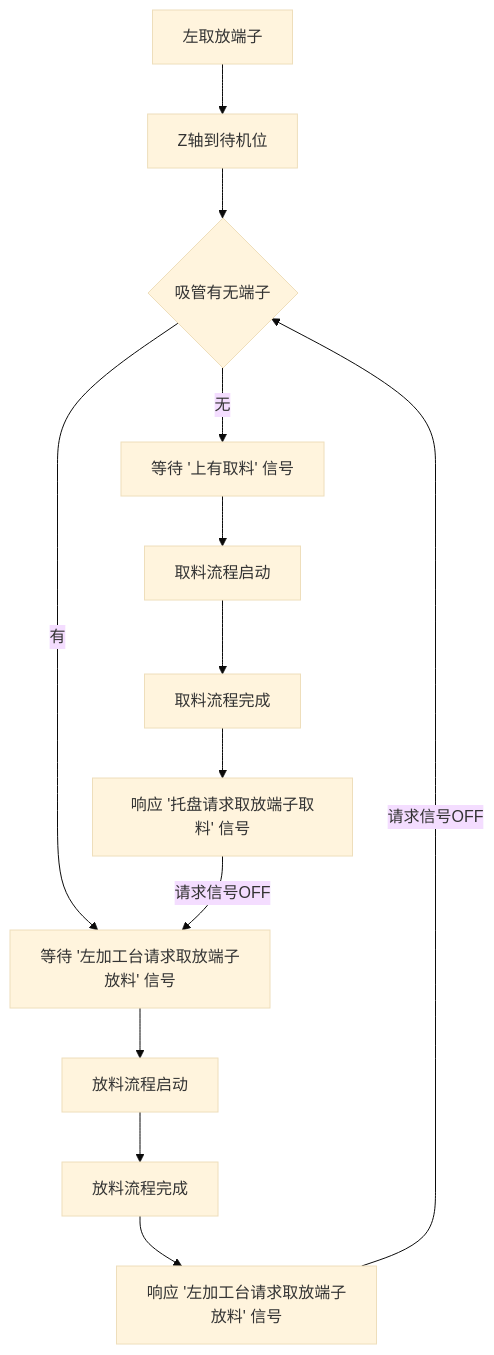
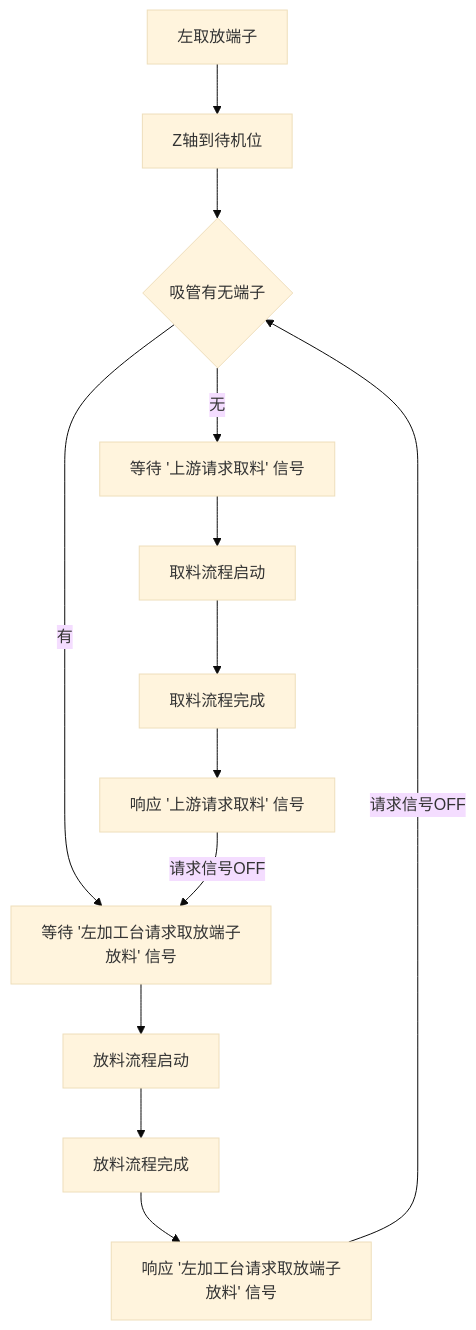
Before and after one commit to zmq000/iodraw-files: the diagram in all/VR-OP90左取放端子.md, drawn with Mermaid (base theme).

Commit message:
2026-06-18 11:45:51 update

````diff
--- a/all/VR-OP90左取放端子.md
+++ b/all/VR-OP90左取放端子.md
@@ -1,16 +1,16 @@
 ```mermaid
 graph TD
 0[左取放端子]-->10
 10[Z轴到待机位]-->20
 20{吸管有无端子}-->|有|80
 20-->|无|30
 
-30[等待 '上有取料' 信号]-->40
+30[等待 '上游请求取料' 信号]-->40
 40[取料流程启动]-->50
 50[取料流程完成]-->60
-60[响应 '托盘请求取放端子取料' 信号]-->|请求信号OFF|80
+60[响应 '上游请求取料' 信号]-->|请求信号OFF|80
 80[等待 '左加工台请求取放端子放料' 信号]-->90
 90[放料流程启动]-->100
 100[放料流程完成]-->110
 110[响应 '左加工台请求取放端子放料' 信号]-->|请求信号OFF|20
 ```
````
